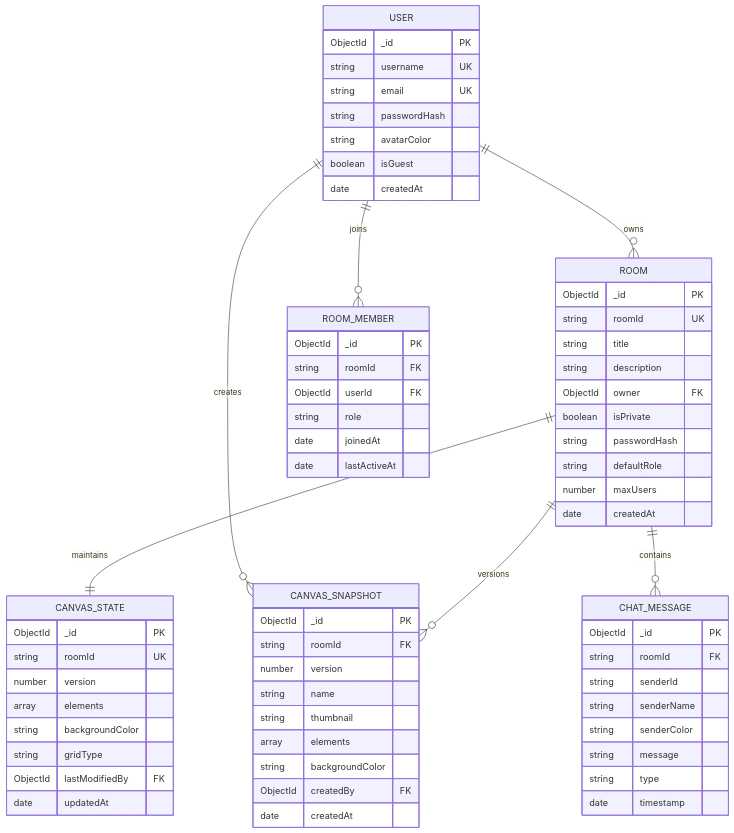
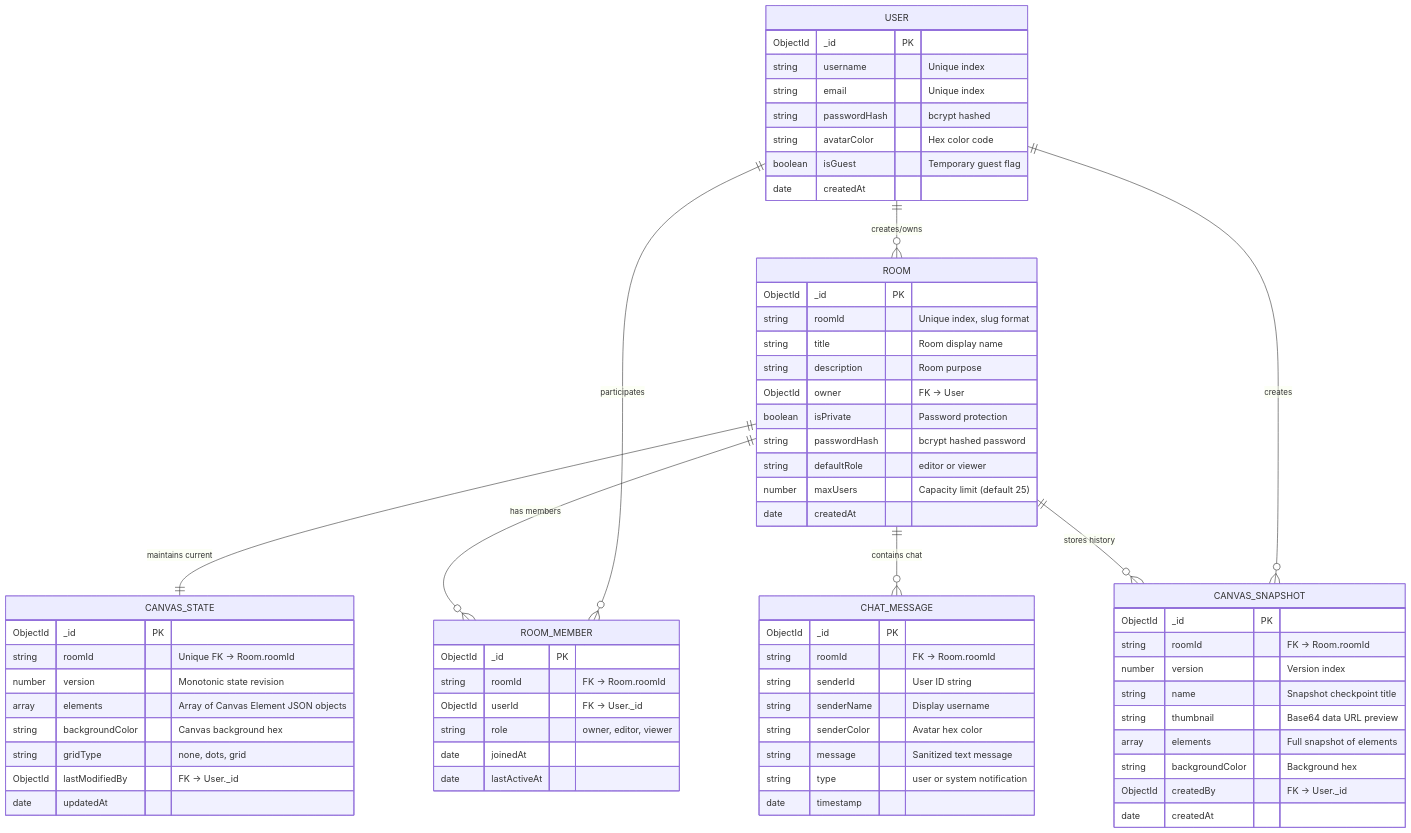
Before and after one commit to sujal-papalkar/collab-canvas: the second of 2 diagrams in README.md, drawn with Mermaid. The commit also changed other lines of this file and 6 other files, not shown here.

````diff
--- a/README.md
+++ b/README.md
@@ -126,75 +158,76 @@
 ```mermaid
 erDiagram
-    USER ||--o{ ROOM : owns
-    USER ||--o{ ROOM_MEMBER : joins
-    USER ||--o{ CANVAS_SNAPSHOT : creates
-    ROOM ||--|| CANVAS_STATE : maintains
-    ROOM ||--o{ CANVAS_SNAPSHOT : versions
-    ROOM ||--o{ CHAT_MESSAGE : contains
+    USER ||--o{ ROOM : "creates/owns"
+    USER ||--o{ ROOM_MEMBER : "participates"
+    USER ||--o{ CANVAS_SNAPSHOT : "creates"
+    ROOM ||--|| CANVAS_STATE : "maintains current"
+    ROOM ||--o{ ROOM_MEMBER : "has members"
+    ROOM ||--o{ CANVAS_SNAPSHOT : "stores history"
+    ROOM ||--o{ CHAT_MESSAGE : "contains chat"
 
     USER {
         ObjectId _id PK
-        string username UK
-        string email UK
-        string passwordHash
-        string avatarColor
-        boolean isGuest
+        string username "Unique index"
+        string email "Unique index"
+        string passwordHash "bcrypt hashed"
+        string avatarColor "Hex color code"
+        boolean isGuest "Temporary guest flag"
         date createdAt
     }
 
     ROOM {
         ObjectId _id PK
-        string roomId UK
-        string title
-        string description
-        ObjectId owner FK
-        boolean isPrivate
-        string passwordHash
-        string defaultRole
-        number maxUsers
+        string roomId "Unique index, slug format"
+        string title "Room display name"
+        string description "Room purpose"
+        ObjectId owner "FK -> User"
+        boolean isPrivate "Password protection"
+        string passwordHash "bcrypt hashed password"
+        string defaultRole "editor or viewer"
+        number maxUsers "Capacity limit (default 25)"
         date createdAt
     }
 
     ROOM_MEMBER {
         ObjectId _id PK
-        string roomId FK
-        ObjectId userId FK
-        string role
+        string roomId "FK -> Room.roomId"
+        ObjectId userId "FK -> User._id"
+        string role "owner, editor, viewer"
         date joinedAt
         date lastActiveAt
     }
 
     CANVAS_STATE {
         ObjectId _id PK
-        string roomId UK
-        number version
-        array elements
-        string backgroundColor
-        string gridType
-        ObjectId lastModifiedBy FK
+        string roomId "Unique FK -> Room.roomId"
+        number version "Monotonic state revision"
+        array elements "Array of Canvas Element JSON objects"
+        string backgroundColor "Canvas background hex"
+        string gridType "none, dots, grid"
+        ObjectId lastModifiedBy "FK -> User._id"
         date updatedAt
     }
 
     CANVAS_SNAPSHOT {
         ObjectId _id PK
-        string roomId FK
-        number version
-        string name
-        string thumbnail
-        array elements
-        string backgroundColor
-        ObjectId createdBy FK
+        string roomId "FK -> Room.roomId"
+        number version "Version index"
+        string name "Snapshot checkpoint title"
+        string thumbnail "Base64 data URL preview"
+        array elements "Full snapshot of elements"
+        string backgroundColor "Background hex"
+        ObjectId createdBy "FK -> User._id"
         date createdAt
     }
 
     CHAT_MESSAGE {
         ObjectId _id PK
-        string roomId FK
-        string senderId
-        string senderName
-        string senderColor
-        string message
-        string type
+        string roomId "FK -> Room.roomId"
+        string senderId "User ID string"
+        string senderName "Display username"
+        string senderColor "Avatar hex color"
+        string message "Sanitized text message"
+        string type "user or system notification"
         date timestamp
     }
 ```
````
